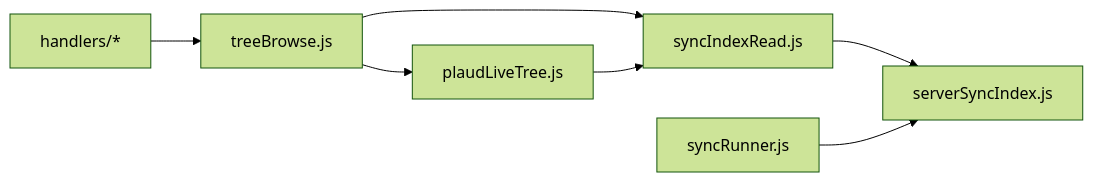
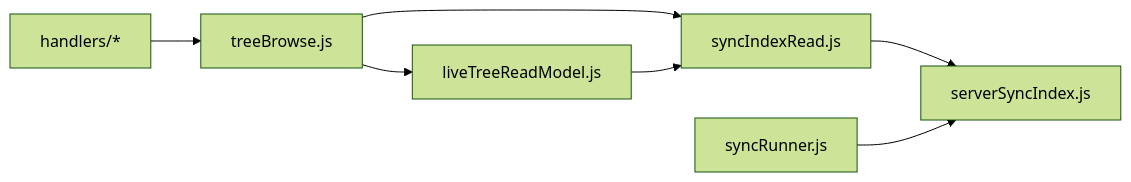
The first of 2 diagrams in docs/ARCHITECTURE.md (ksandrpetrov/plaud-server-exporter), drawn with Mermaid (forest theme) before and after one commit. The commit also changed other lines of this file and 47 other files, not shown here.

````diff
--- a/docs/ARCHITECTURE.md
+++ b/docs/ARCHITECTURE.md
@@ -74,16 +74,16 @@
 ```mermaid
 flowchart LR
   handlers[handlers/*]
   treeBrowse[treeBrowse.js]
-  liveTree[plaudLiveTree.js]
+  liveTree[liveTreeReadModel.js]
   readFacade[syncIndexRead.js]
   diskIndex[serverSyncIndex.js]
   runner[syncRunner.js]
 
   handlers --> treeBrowse
   treeBrowse --> readFacade
   treeBrowse --> liveTree
   liveTree --> readFacade
   readFacade --> diskIndex
   runner --> diskIndex
 ```
````
